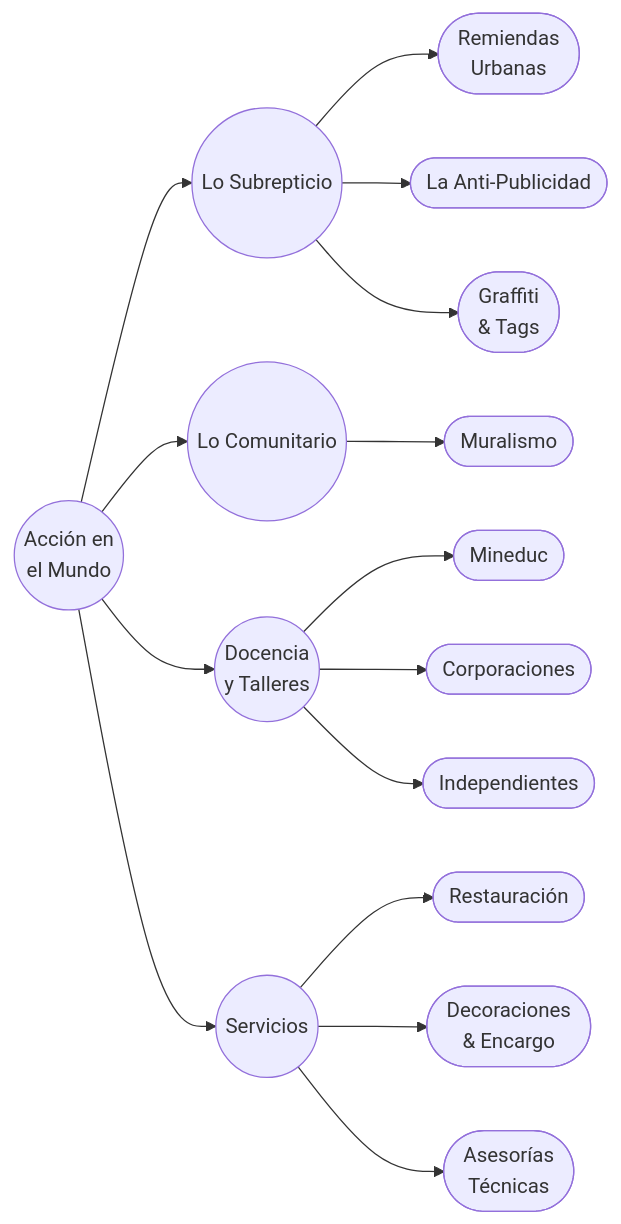
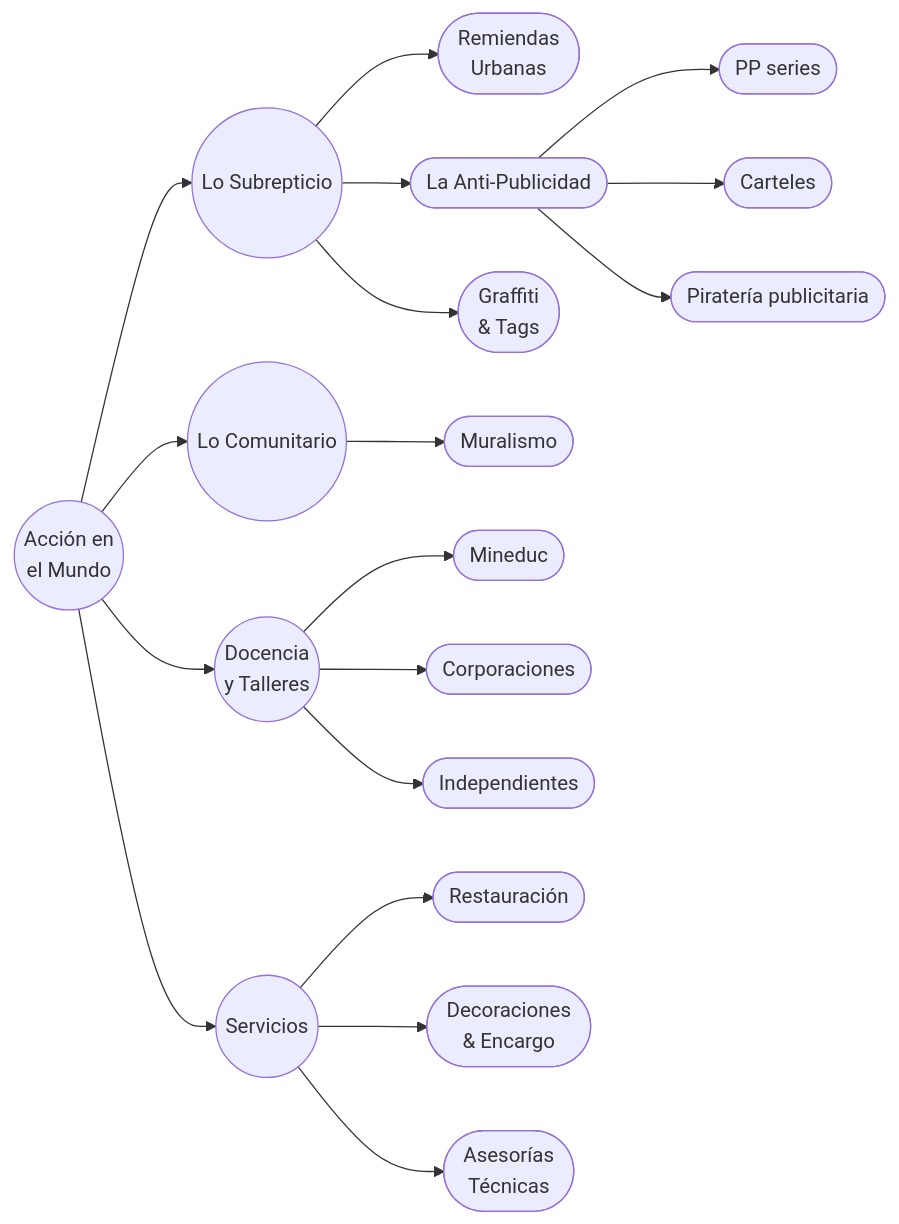
One commit to EGGS-Artesvisuales/EGGS-Artesvisuales.github.io changed the second of 3 diagrams in ES/diagrama.md. Above: the diagram before and after it, drawn with Mermaid. The commit also changed other lines of this file, not shown here.

```diff
--- a/ES/diagrama.md
+++ b/ES/diagrama.md
@@ -139,39 +141,49 @@
 <div class="mermaid">
 graph LR
   B((Acción en\nel Mundo)) --> B1((Lo Subrepticio))
   B1 --> B1a([Remiendas\nUrbanas])
   B1 --> B1b([La Anti-Publicidad])
   B1 --> B1c([Graffiti\n& Tags])
+
+  %% HIJOS: La Anti-Publicidad (nuevos)
+  B1b --> B1b1([PP series])
+  B1b --> B1b2([Carteles])
+  B1b --> B1b3([Piratería publicitaria])
 
   B --> B2((Lo Comunitario))
   B2 --> B2a([Muralismo])
 
   B --> B3((Docencia\ny Talleres))
   B3 --> B3a([Mineduc])
   B3 --> B3b([Corporaciones])
   B3 --> B3c([Independientes])
 
   B --> B4((Servicios))
   B4 --> B4a([Restauración])
   B4 --> B4b([Decoraciones\n& Encargo])
   B4 --> B4c([Asesorías\nTécnicas])
 
   %% Enlaces (existentes)
   click B "accion.html" "Ir a Acción en el Mundo"
   click B1 "subrepticio.html" "Ir a Lo Subrepticio"
   click B1a "subrep-remiendas-urbanas.html" "Ir a Remiendas Urbanas"
   click B1b "subrep-antipublicidad.html" "Ir a La Anti-Publicidad"
   click B2 "comunitario.html" "Ir a Lo Comunitario"
   click B3 "docencia.html" "Ir a Docencia y Talleres"
   click B4 "servicios.html" "Ir a Servicios"
 
   %% Enlaces (no existentes aún -> en construcción)
   click B1c "en-construccion.html" "En construcción"
   click B2a "en-construccion.html" "En construcción"
   click B3a "en-construccion.html" "En construcción"
   click B3b "en-construccion.html" "En construcción"
   click B3c "en-construccion.html" "En construcción"
   click B4a "en-construccion.html" "En construcción"
   click B4b "en-construccion.html" "En construcción"
   click B4c "en-construccion.html" "En construcción"
+
+  %% Enlaces (nuevos hijos -> en construcción)
+  click B1b1 "en-construccion.html" "En construcción"
+  click B1b2 "en-construccion.html" "En construcción"
+  click B1b3 "en-construccion.html" "En construcción"
 </div>
```
